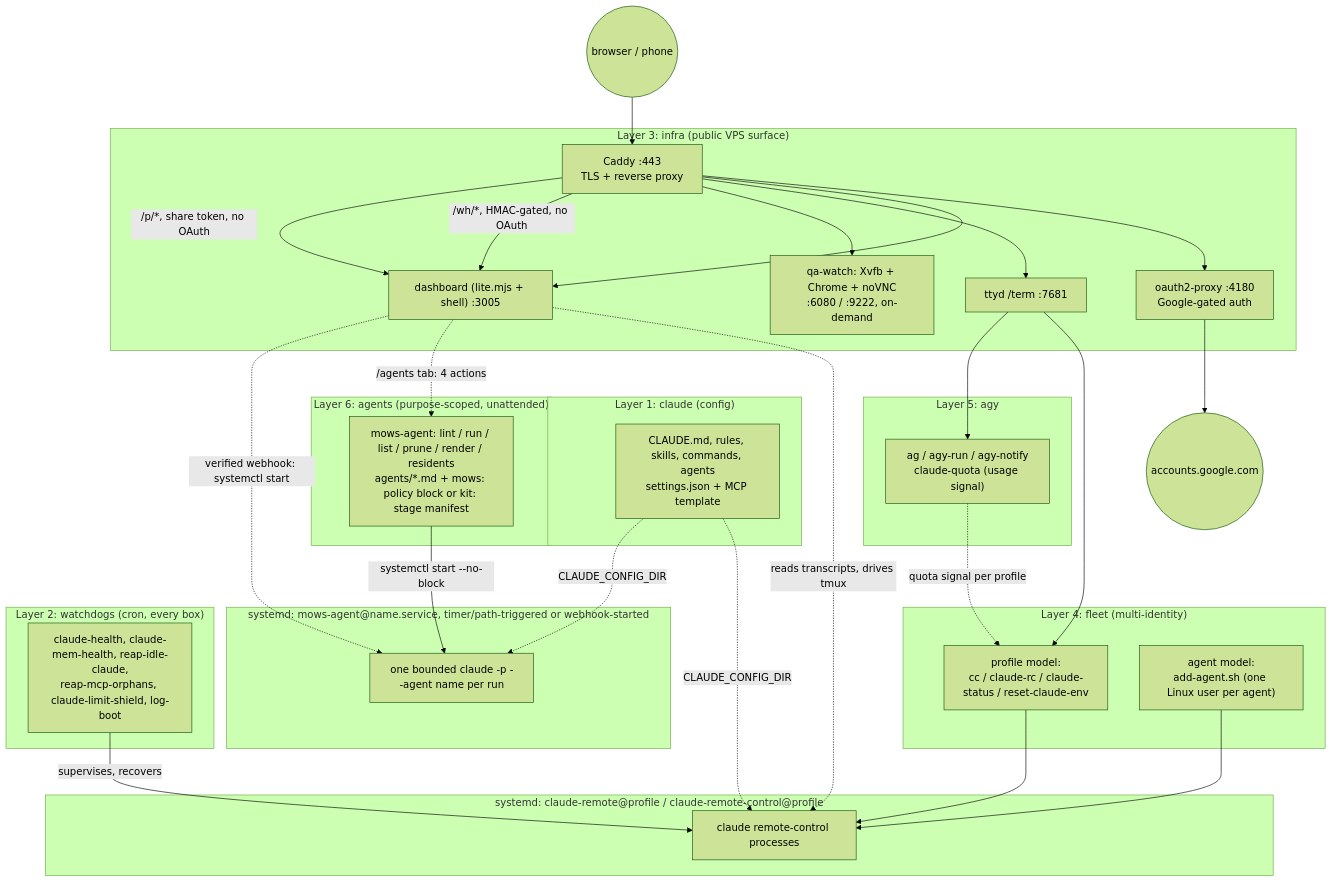
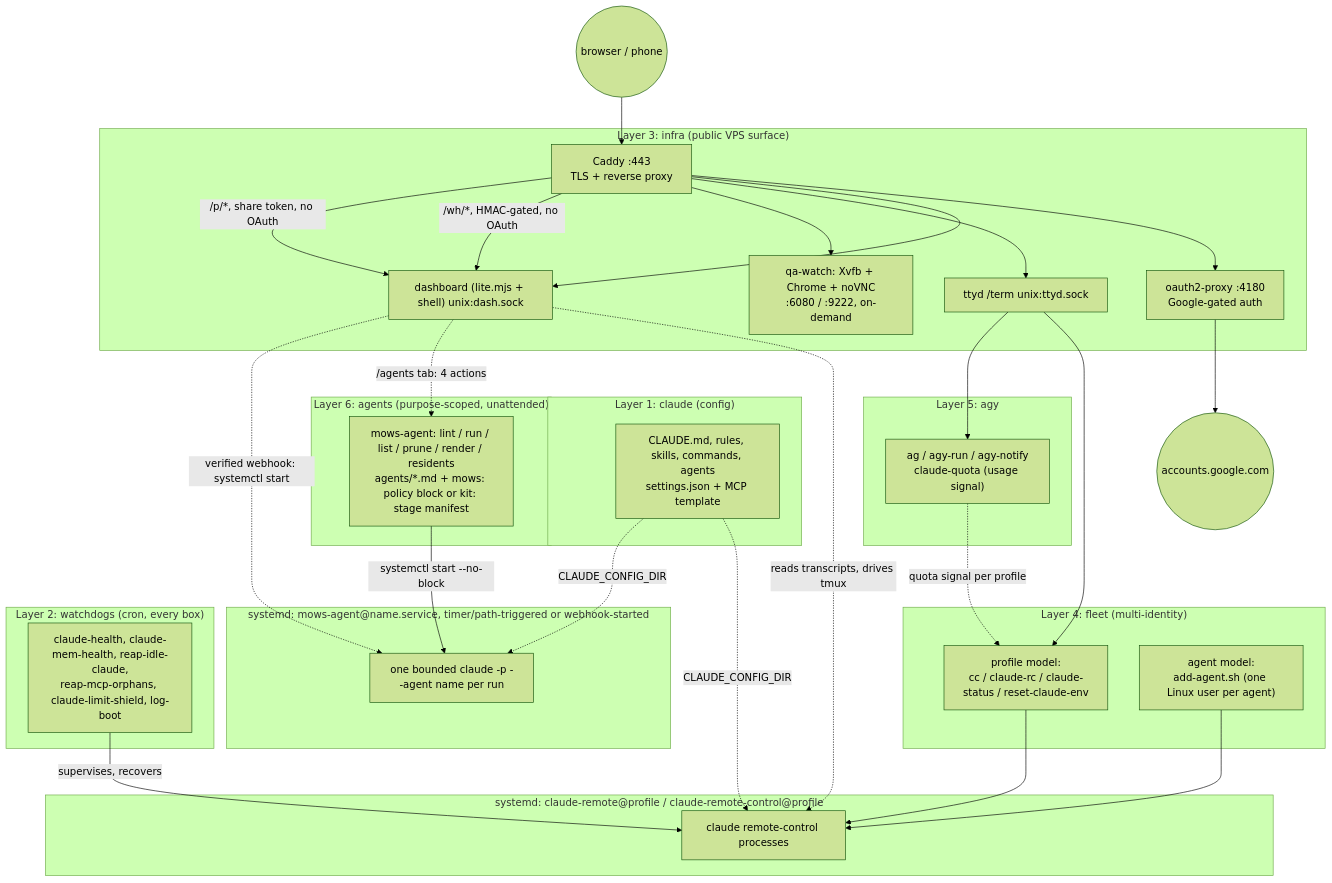
The diagram in README.md (alhe99/mows-harness), drawn with Mermaid (forest theme) before and after one commit. The commit also changed 28 other files, not shown here.

````diff
--- a/README.md
+++ b/README.md
@@ -437,61 +437,61 @@
 ```mermaid
 flowchart TB
     subgraph Layer1["Layer 1: claude (config)"]
         CFG["CLAUDE.md, rules, skills, commands, agents<br/>settings.json + MCP template"]
     end
 
     subgraph Layer4["Layer 4: fleet (multi-identity)"]
         PROFILE["profile model:<br/>cc / claude-rc / claude-status / reset-claude-env"]
         AGENT["agent model:<br/>add-agent.sh (one Linux user per agent)"]
     end
 
     subgraph Layer5["Layer 5: agy"]
         AGY["ag / agy-run / agy-notify<br/>claude-quota (usage signal)"]
     end
 
     subgraph Layer6["Layer 6: agents (purpose-scoped, unattended)"]
         MAGENT["mows-agent: lint / run / list / prune / render / residents<br/>agents/*.md + mows: policy block or kit: stage manifest"]
     end
 
     subgraph RCUNITS["systemd: claude-remote@profile / claude-remote-control@profile"]
         RC["claude remote-control processes"]
     end
 
     subgraph AGENTUNIT["systemd: mows-agent@name.service, timer/path-triggered or webhook-started"]
         ARUN["one bounded claude -p --agent name per run"]
     end
 
     subgraph Layer2["Layer 2: watchdogs (cron, every box)"]
         WD["claude-health, claude-mem-health, reap-idle-claude,<br/>reap-mcp-orphans, claude-limit-shield, log-boot"]
     end
 
     subgraph Layer3["Layer 3: infra (public VPS surface)"]
         CADDY["Caddy :443<br/>TLS + reverse proxy"]
         OAUTH["oauth2-proxy :4180<br/>Google-gated auth"]
-        DASH["dashboard (lite.mjs + shell) :3005"]
-        TERM["ttyd /term :7681"]
+        DASH["dashboard (lite.mjs + shell) unix:dash.sock"]
+        TERM["ttyd /term unix:ttyd.sock"]
         WATCH["qa-watch: Xvfb + Chrome + noVNC<br/>:6080 / :9222, on-demand"]
     end
 
     Browser(("browser / phone")) --> CADDY
     CADDY --> OAUTH
     OAUTH --> Google(("accounts.google.com"))
     CADDY --> DASH
     CADDY --> TERM
     CADDY --> WATCH
 
     CFG -.->|CLAUDE_CONFIG_DIR| RC
     PROFILE --> RC
     AGENT --> RC
     TERM --> PROFILE
     TERM --> AGY
     AGY -.->|quota signal per profile| PROFILE
     DASH -.->|reads transcripts, drives tmux| RC
     WD -->|supervises, recovers| RC
     MAGENT -->|systemctl start --no-block| ARUN
     CFG -.->|CLAUDE_CONFIG_DIR| ARUN
     DASH -.->|/agents tab: 4 actions| MAGENT
     CADDY -->|/wh/*, HMAC-gated, no OAuth| DASH
     CADDY -->|/p/*, share token, no OAuth| DASH
     DASH -.->|verified webhook: systemctl start| ARUN
 ```
````
